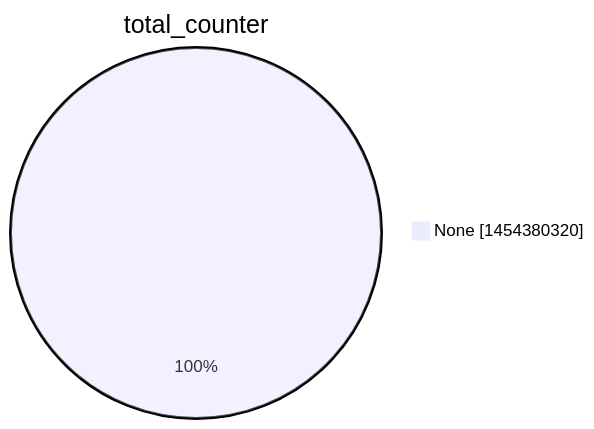
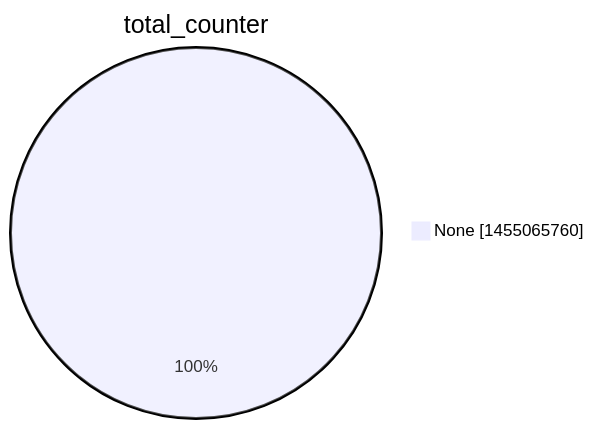
One commit to christiankrug/ctmonitor_visualization changed the second of 15 diagrams in argon2022/README.md. Above: the diagram before and after it, drawn with Mermaid. The commit also changed other lines of this file, not shown here.

````diff
--- a/argon2022/README.md
+++ b/argon2022/README.md
@@ -9,5 +9,5 @@
 ```mermaid
 pie showData
 title total_counter
-"None" :1454380320
+"None" :1455065760
 ```
````
